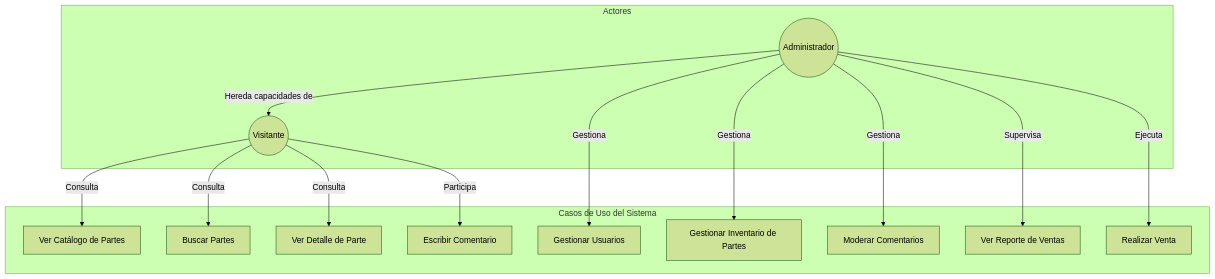
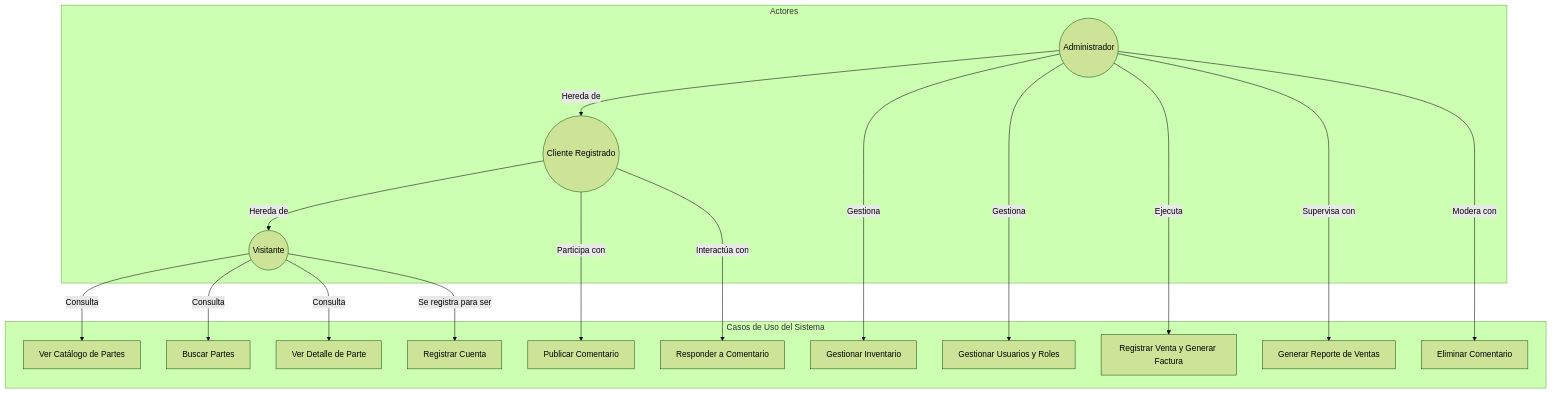
Before and after one commit to AnelDRN/SistemaDeInventario: the first of 3 diagrams in documentation/README.md, drawn with Mermaid (forest theme). The commit also changed other lines of this file and 25 other files, not shown here.

````diff
--- a/documentation/README.md
+++ b/documentation/README.md
@@ -31,35 +29,39 @@
 ```mermaid
 graph TD
     subgraph "Actores"
         Admin((Administrador))
+        Cliente((Cliente Registrado))
         Visitante((Visitante))
     end
 
     subgraph "Casos de Uso del Sistema"
         UC1[Ver Catálogo de Partes]
         UC2[Buscar Partes]
         UC3[Ver Detalle de Parte]
-        UC4[Escribir Comentario]
-        UC5[Gestionar Usuarios]
-        UC6[Gestionar Inventario de Partes]
-        UC7[Moderar Comentarios]
-        UC8[Ver Reporte de Ventas]
-        UC9[Realizar Venta]
+        UC4[Registrar Cuenta]
+        UC5[Publicar Comentario]
+        UC6[Responder a Comentario]
+        UC7[Gestionar Inventario]
+        UC8[Gestionar Usuarios y Roles]
+        UC9[Registrar Venta y Generar Factura]
+        UC10[Generar Reporte de Ventas]
+        UC11[Eliminar Comentario]
     end
 
-    %% Conexiones de Visitante
+    %% Relaciones
     Visitante -- "Consulta" --> UC1
     Visitante -- "Consulta" --> UC2
     Visitante -- "Consulta" --> UC3
-    Visitante -- "Participa" --> UC4
+    Visitante -- "Se registra para ser" --> UC4
 
-    %% Conexiones de Administrador
-    Admin -- "Gestiona" --> UC5
-    Admin -- "Gestiona" --> UC6
+    Cliente -- "Hereda de" --> Visitante
+    Cliente -- "Participa con" --> UC5
+    Cliente -- "Interactúa con" --> UC6
+
+    Admin -- "Hereda de" --> Cliente
     Admin -- "Gestiona" --> UC7
-    Admin -- "Supervisa" --> UC8
+    Admin -- "Gestiona" --> UC8
     Admin -- "Ejecuta" --> UC9
-
-    %% Admin también puede hacer lo que hace el visitante
-    Admin -- "Hereda capacidades de" --> Visitante
+    Admin -- "Supervisa con" --> UC10
+    Admin -- "Modera con" --> UC11
 ```
````
